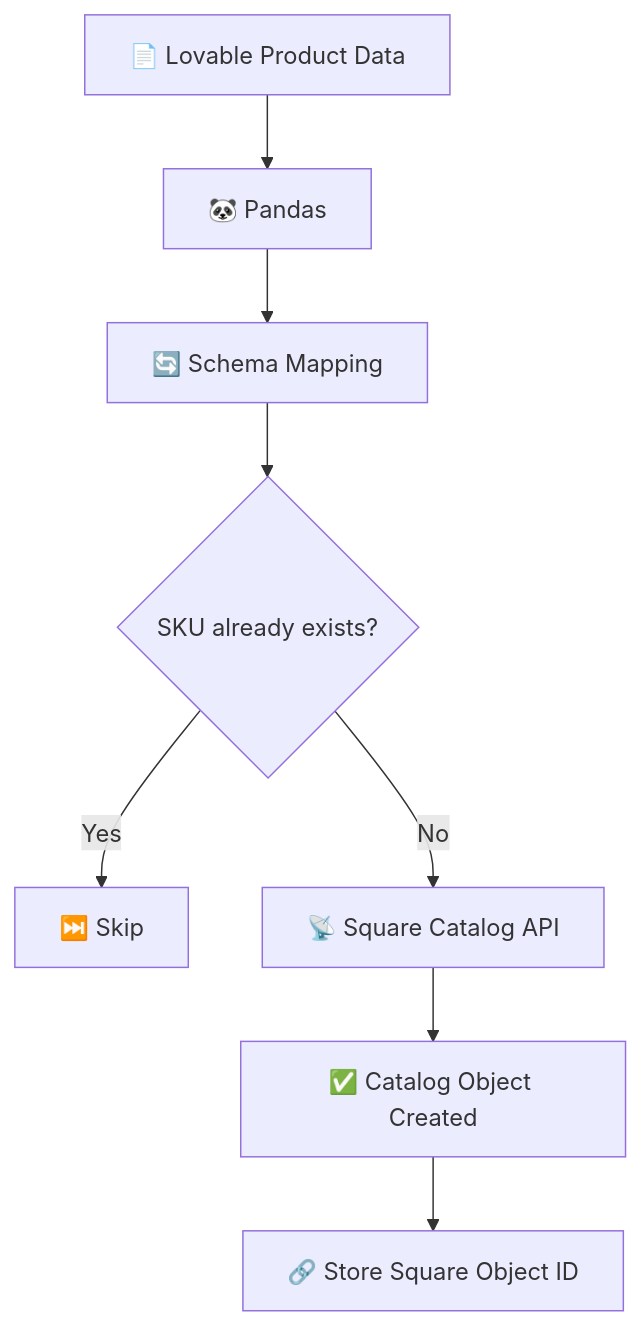
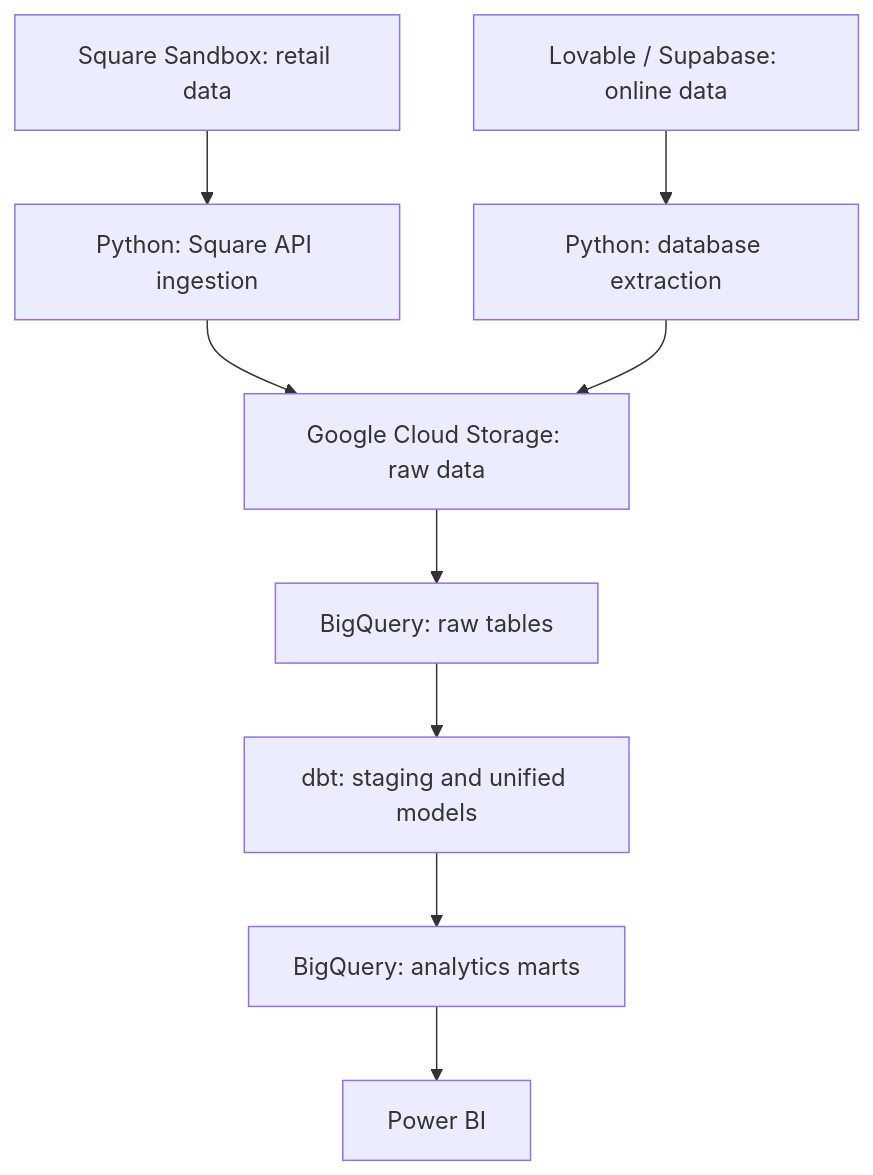
One commit to smmhk/chocolate-commerce-data-platform changed the second of 3 diagrams in README.md. Above: the diagram before and after it, drawn with Mermaid. The commit also changed other lines of this file and 4 other files, not shown here.

````diff
--- a/README.md
+++ b/README.md
@@ -121,13 +68,11 @@
 ```mermaid
 flowchart TD
-
-    A["📄 Lovable Product Data"] --> B["🐼 Pandas"]
-    B --> C["🔄 Schema Mapping"]
-    C --> D{"SKU already exists?"}
-
-    D -->|Yes| E["⏭️ Skip"]
-    D -->|No| F["📡 Square Catalog API"]
-
-    F --> G["✅ Catalog Object Created"]
-    G --> H["🔗 Store Square Object ID"]
+    A["Square Sandbox: retail data"] --> C["Python: Square API ingestion"]
+    B["Lovable / Supabase: online data"] --> D["Python: database extraction"]
+    C --> E["Google Cloud Storage: raw data"]
+    D --> E
+    E --> F["BigQuery: raw tables"]
+    F --> G["dbt: staging and unified models"]
+    G --> H["BigQuery: analytics marts"]
+    H --> I["Power BI"]
 ```
````
